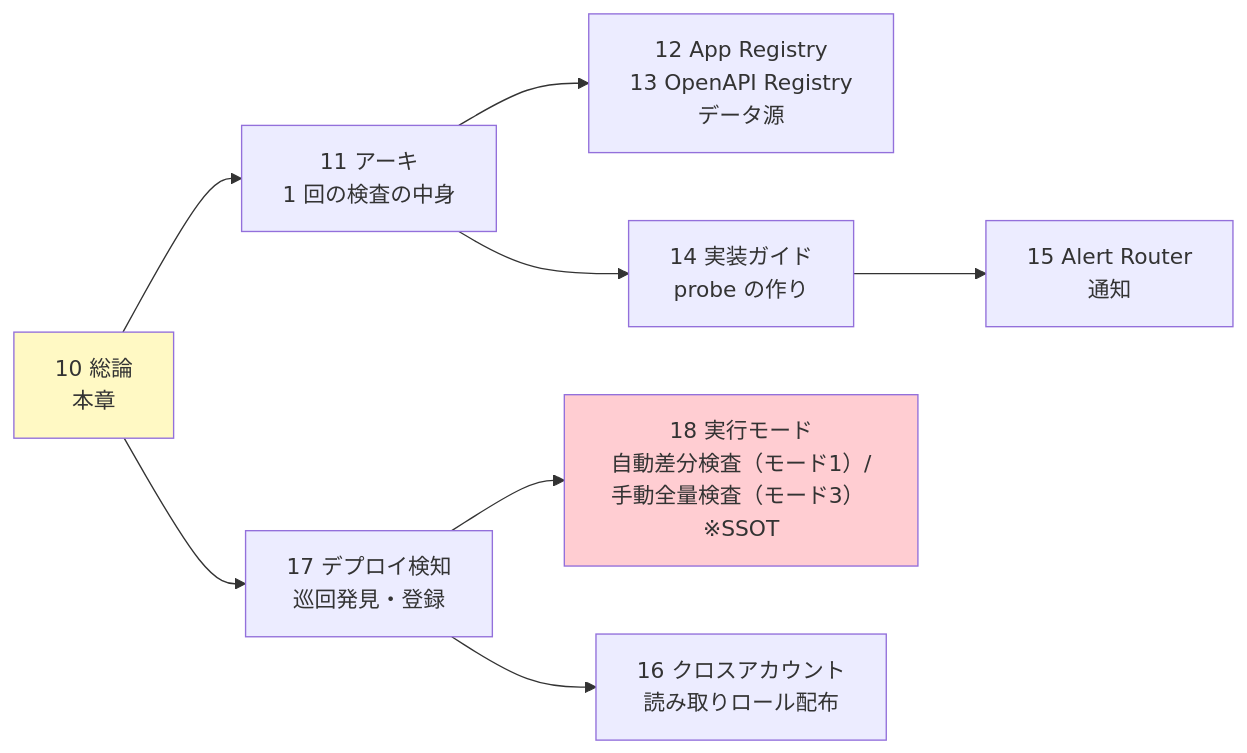
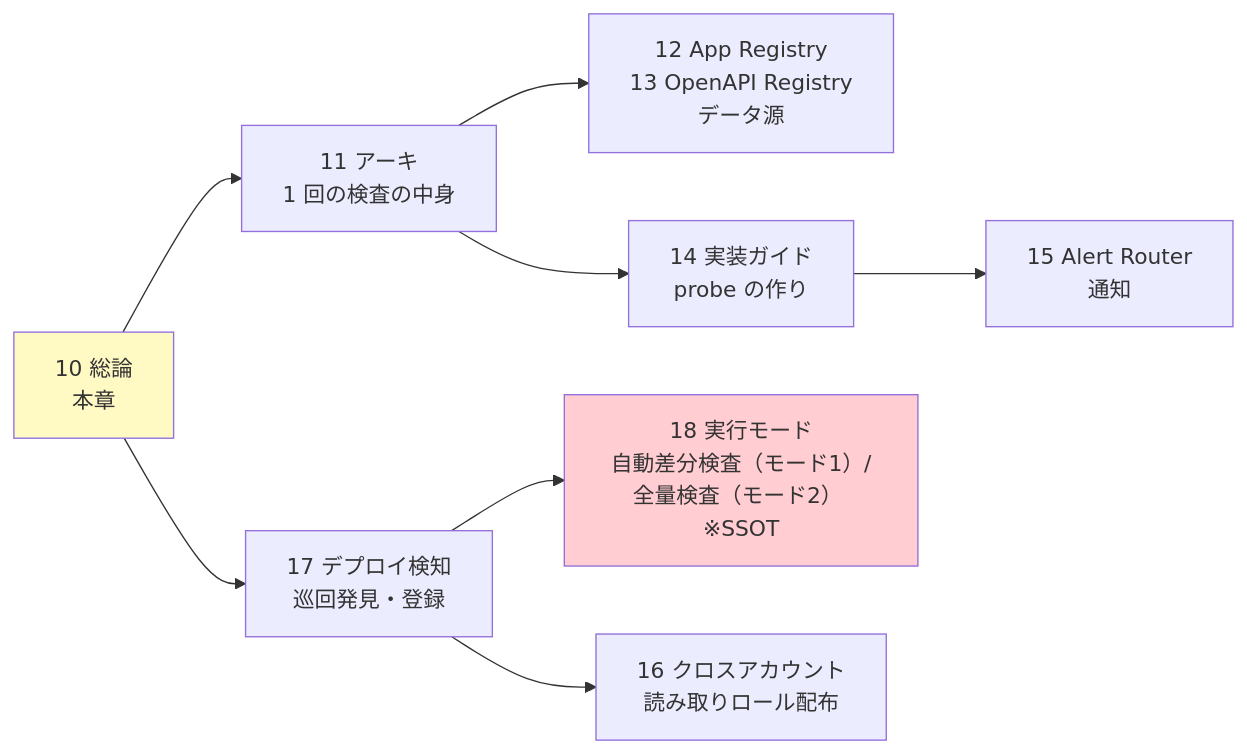
The seventh of 7 diagrams in doc/api-platform/basic-design/10-external-monitoring-overview.md (suepie/aws-atuh-poc), drawn with Mermaid before and after one commit. The commit also changed other lines of this file and 14 other files, not shown here.

````diff
--- a/doc/api-platform/basic-design/10-external-monitoring-overview.md
+++ b/doc/api-platform/basic-design/10-external-monitoring-overview.md
@@ -431,12 +431,12 @@
 ```mermaid
 flowchart LR
     O[10 総論<br/>本章] --> A[11 アーキ<br/>1 回の検査の中身]
     O --> DEP[17 デプロイ検知<br/>巡回発見・登録]
-    DEP --> MODE["18 実行モード<br/>自動差分検査（モード1）/手動全量検査（モード3） ※SSOT"]
+    DEP --> MODE["18 実行モード<br/>自動差分検査（モード1）/全量検査（モード2） ※SSOT"]
     A --> R[12 App Registry<br/>13 OpenAPI Registry<br/>データ源]
     A --> I[14 実装ガイド<br/>probe の作り]
     I --> AL[15 Alert Router<br/>通知]
     DEP --> X[16 クロスアカウント<br/>読み取りロール配布]
     style O fill:#fff9c4
     style MODE fill:#ffcdd2
 ```
````
